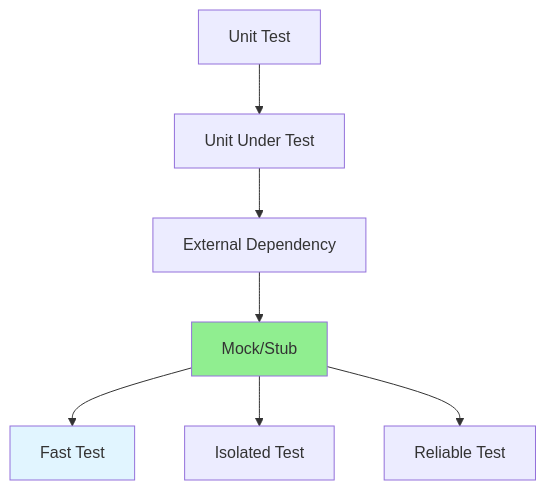
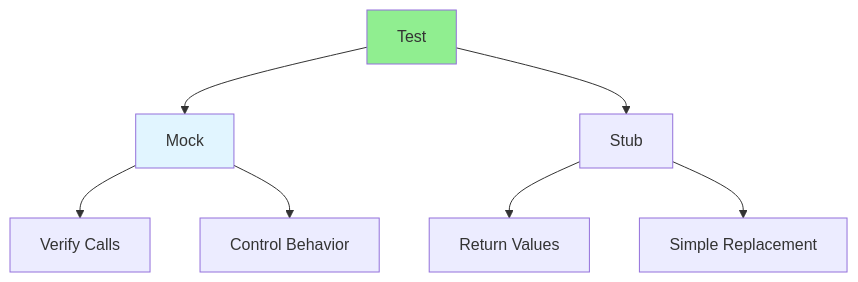
Before and after one commit to iouthnamain/tech-note: the diagram in Full-Stack-Guides/Group-07-Unit-Test-Debug/07.03_Mock_Stub.md, drawn with Mermaid. The commit also changed other lines of this file and 480 other files, not shown here.

````diff
--- a/Full-Stack-Guides/Group-07-Unit-Test-Debug/07.03_Mock_Stub.md
+++ b/Full-Stack-Guides/Group-07-Unit-Test-Debug/07.03_Mock_Stub.md
@@ -22,13 +23,14 @@
 ```mermaid
 graph TD
-    Test[Unit Test] --> Unit[Unit Under Test]
-    Unit --> Dependency[External Dependency]
-    Dependency --> Mock[Mock/Stub]
+    Test[Test] --> Mock[Mock]
+    Test --> Stub[Stub]
     
-    Mock --> Fast[Fast Test]
-    Mock --> Isolated[Isolated Test]
-    Mock --> Reliable[Reliable Test]
+    Mock --> Verify[Verify Calls]
+    Mock --> Behavior[Control Behavior]
     
-    style Mock fill:#90EE90
-    style Fast fill:#e1f5ff
+    Stub --> Return[Return Values]
+    Stub --> Simple[Simple Replacement]
+    
+    style Test fill:#90EE90
+    style Mock fill:#e1f5ff
 ```
````
